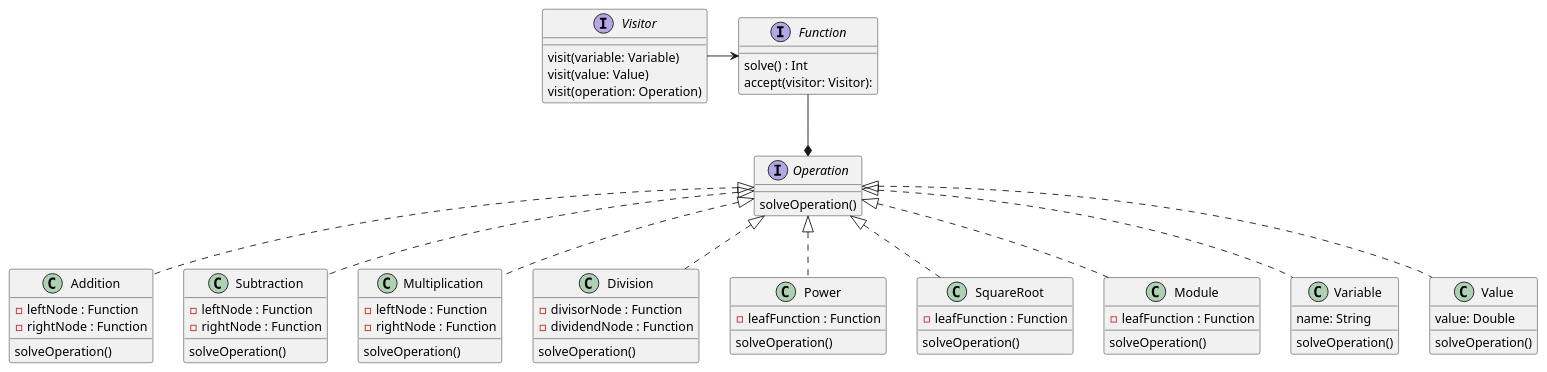
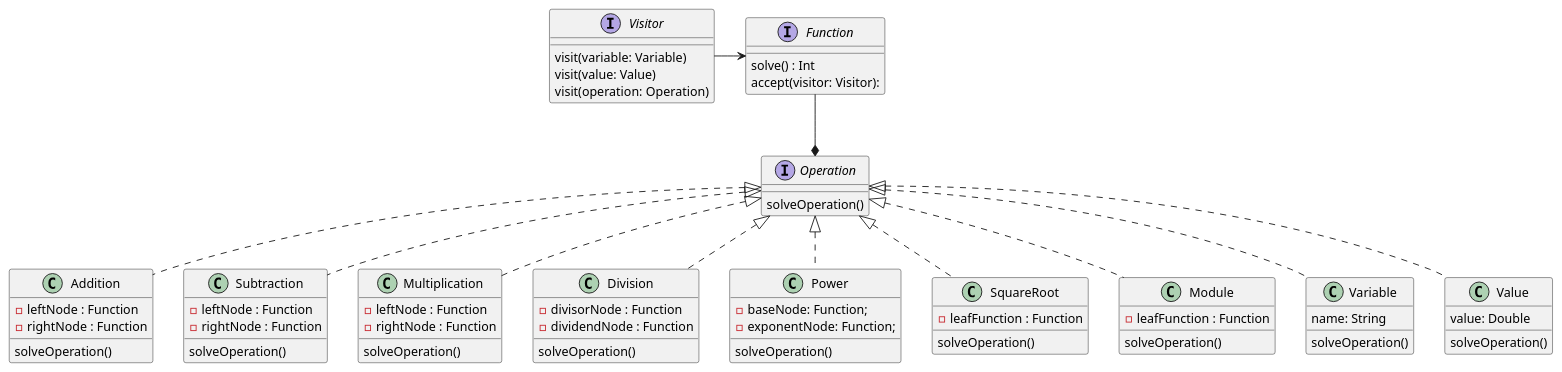
The diagram in diagrams/function.puml (austral-ingsis-classroom/formula-Nicolas-Berretta), drawn with PlantUML before and after one commit.

Commit message:
changed Power operation in diagram

```diff
--- a/diagrams/function.puml
+++ b/diagrams/function.puml
@@ -1,65 +1,66 @@
 @startuml
 
 interface Function{
     solve() : Int
     accept(visitor: Visitor):
 }
 
 
 interface Operation {
     solveOperation()
 }
 
 class Addition implements Operation{
     solveOperation()
     - leftNode : Function
     - rightNode : Function
 }
 class Subtraction implements Operation{
     solveOperation()
     - leftNode : Function
     - rightNode : Function
 }
 class Multiplication implements Operation{
     solveOperation()
     - leftNode : Function
     - rightNode : Function
 }
 class Division implements Operation {
     solveOperation()
     - divisorNode : Function
     - dividendNode : Function
 }
 class Power implements Operation {
     solveOperation()
-    - leafFunction : Function
+    - baseNode: Function;
+    - exponentNode: Function;
 }
 class SquareRoot implements Operation{
     solveOperation()
     - leafFunction : Function
 }
 class Module implements Operation{
     solveOperation()
     - leafFunction : Function
 }
 class Variable implements Operation{
     name: String
     solveOperation()
 }
 
 class Value implements Operation{
     value: Double
     solveOperation()
 }
 
 interface Visitor{
     visit(variable: Variable)
     visit(value: Value)
     visit(operation: Operation)
 }
 
 'A function is made of some operations, like sum, subs, multiplication ...'
 Function --* Operation
 
 Visitor -> Function
 @enduml
```
